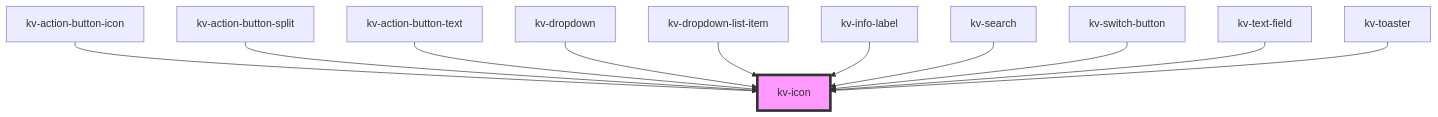
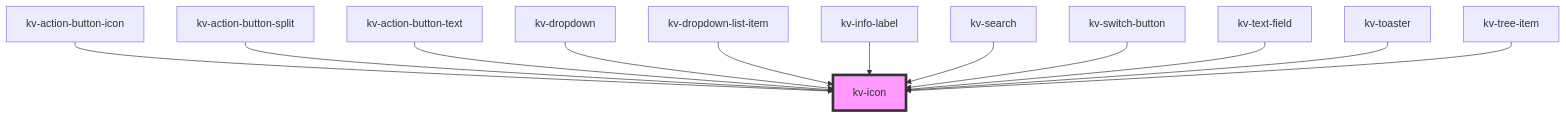
Before and after one commit to kelvininc/ui-components: the diagram in packages/ui-components/src/components/icon/readme.md, drawn with Mermaid. The commit also changed other lines of this file and 16 other files, not shown here.

Commit message:
feat(tree-item): add tree item component

````diff
--- a/packages/ui-components/src/components/icon/readme.md
+++ b/packages/ui-components/src/components/icon/readme.md
@@ -89,14 +90,15 @@
 ```mermaid
 graph TD;
   kv-action-button-icon --> kv-icon
   kv-action-button-split --> kv-icon
   kv-action-button-text --> kv-icon
   kv-dropdown --> kv-icon
   kv-dropdown-list-item --> kv-icon
   kv-info-label --> kv-icon
   kv-search --> kv-icon
   kv-switch-button --> kv-icon
   kv-text-field --> kv-icon
   kv-toaster --> kv-icon
+  kv-tree-item --> kv-icon
   style kv-icon fill:#f9f,stroke:#333,stroke-width:4px
 ```
````
